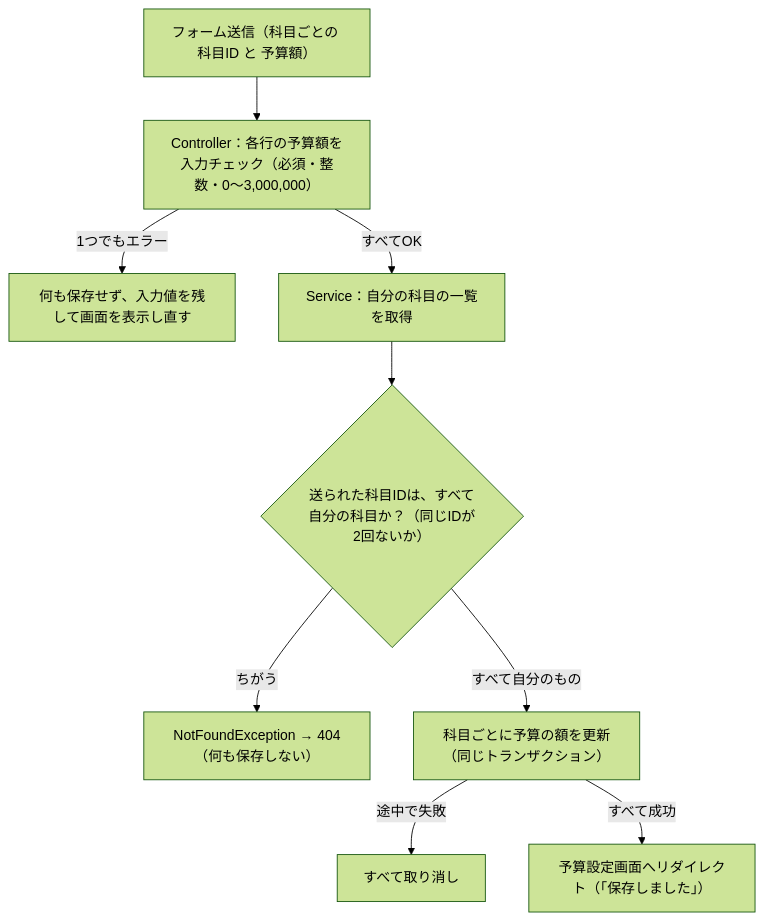
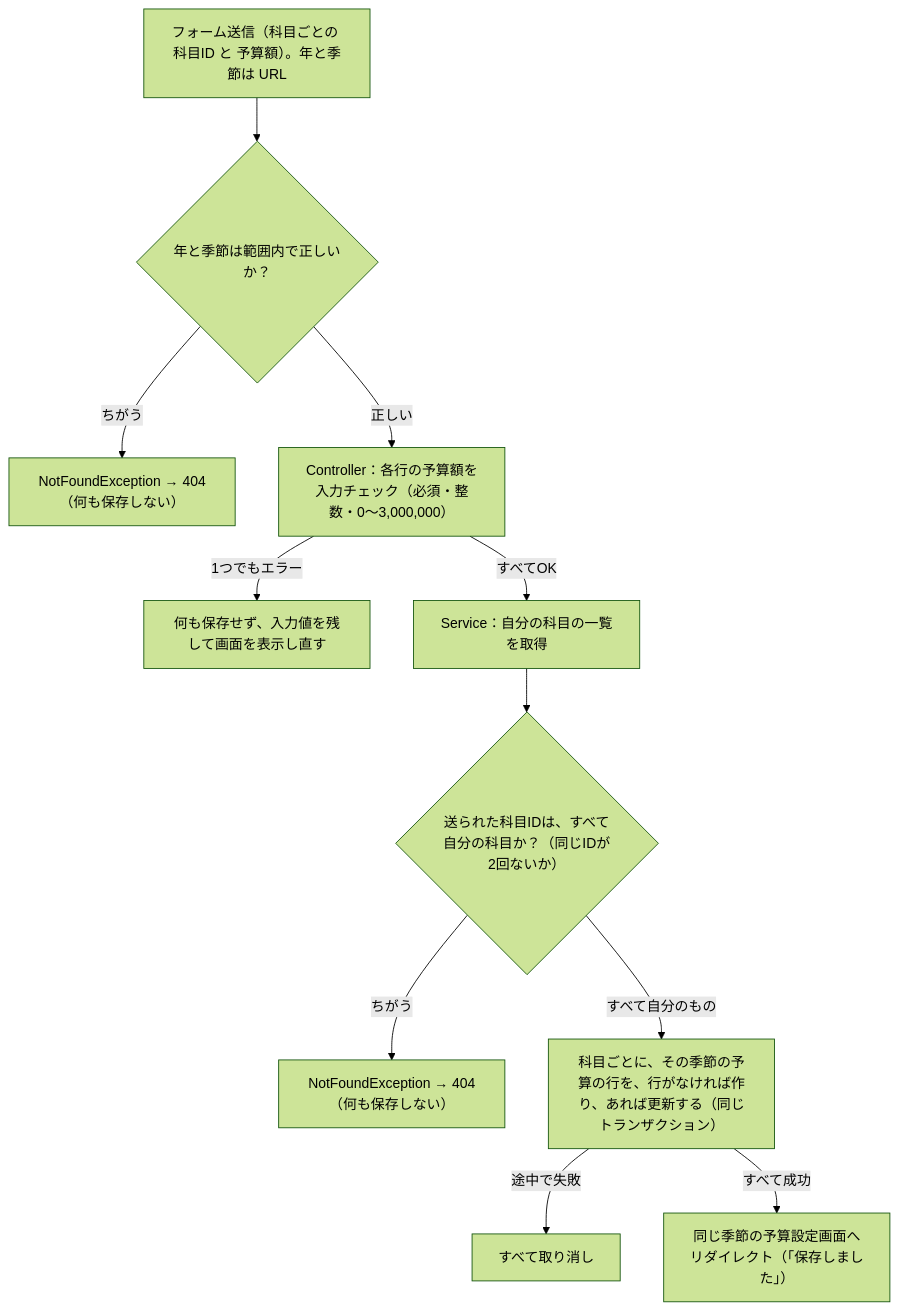
Before and after one commit to yutaro081/HouseholdBudget-SpringBoot: the tenth of 13 diagrams in docs/reviews/design.md, drawn with Mermaid (forest theme). The commit also changed other lines of this file and 3 other files, not shown here.

````diff
--- a/docs/reviews/design.md
+++ b/docs/reviews/design.md
@@ -1002,11 +1045,13 @@
 ```mermaid
 flowchart TD
-    A["フォーム送信（科目ごとの 科目ID と 予算額）"] --> B["Controller：各行の予算額を入力チェック（必須・整数・0〜3,000,000）"]
+    A["フォーム送信（科目ごとの 科目ID と 予算額）。年と季節は URL"] --> A1{"年と季節は範囲内で正しいか？"}
+    A1 -->|ちがう| A2["NotFoundException → 404（何も保存しない）"]
+    A1 -->|正しい| B["Controller：各行の予算額を入力チェック（必須・整数・0〜3,000,000）"]
     B -->|1つでもエラー| B1["何も保存せず、入力値を残して画面を表示し直す"]
     B -->|すべてOK| C["Service：自分の科目の一覧を取得"]
     C --> D{"送られた科目IDは、すべて自分の科目か？（同じIDが2回ないか）"}
     D -->|ちがう| D1["NotFoundException → 404（何も保存しない）"]
-    D -->|すべて自分のもの| E["科目ごとに予算の額を更新（同じトランザクション）"]
+    D -->|すべて自分のもの| E["科目ごとに、その季節の予算の行を、行がなければ作り、あれば更新する（同じトランザクション）"]
     E -->|途中で失敗| E1["すべて取り消し"]
-    E -->|すべて成功| F["予算設定画面へリダイレクト（「保存しました」）"]
+    E -->|すべて成功| F["同じ季節の予算設定画面へリダイレクト（「保存しました」）"]
 ```
````
